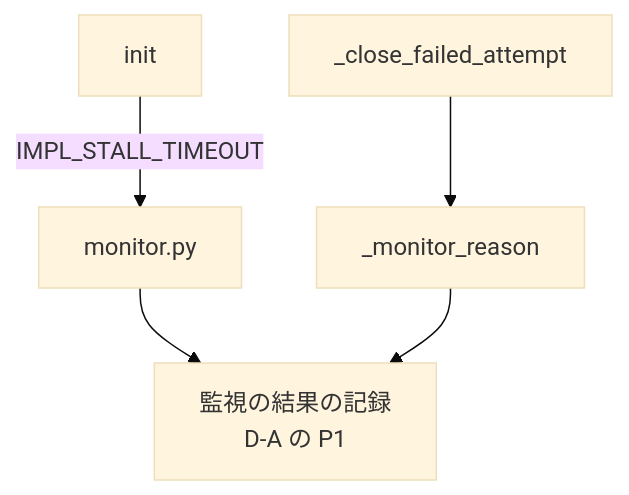
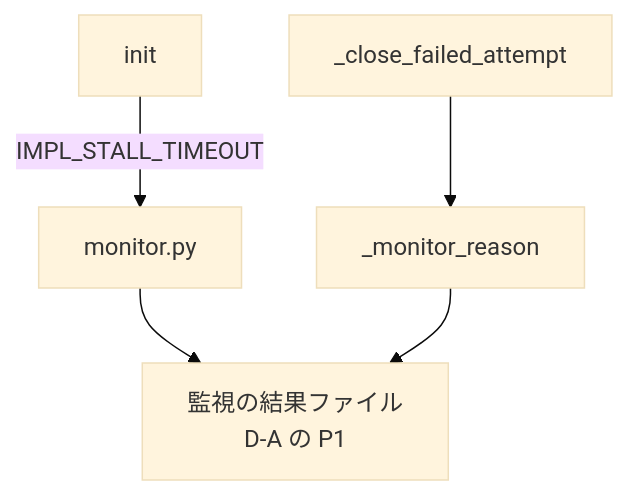
The second of 6 diagrams in issues/issue-647-592-553-design.md (devbasex/ai-plugins), drawn with Mermaid (base theme) before and after one commit. The commit also changed other lines of this file and 1 other file, not shown here.

````diff
--- a/issues/issue-647-592-553-design.md
+++ b/issues/issue-647-592-553-design.md
@@ -250,7 +250,7 @@
 ```mermaid
 graph TD
     I[init] -->|IMPL_STALL_TIMEOUT| M[monitor.py]
-    M --> MR[監視の結果の記録<br/>D-A の P1]
+    M --> MR[監視の結果ファイル<br/>D-A の P1]
     C[_close_failed_attempt] --> R[_monitor_reason]
     R --> MR
 ```
````
